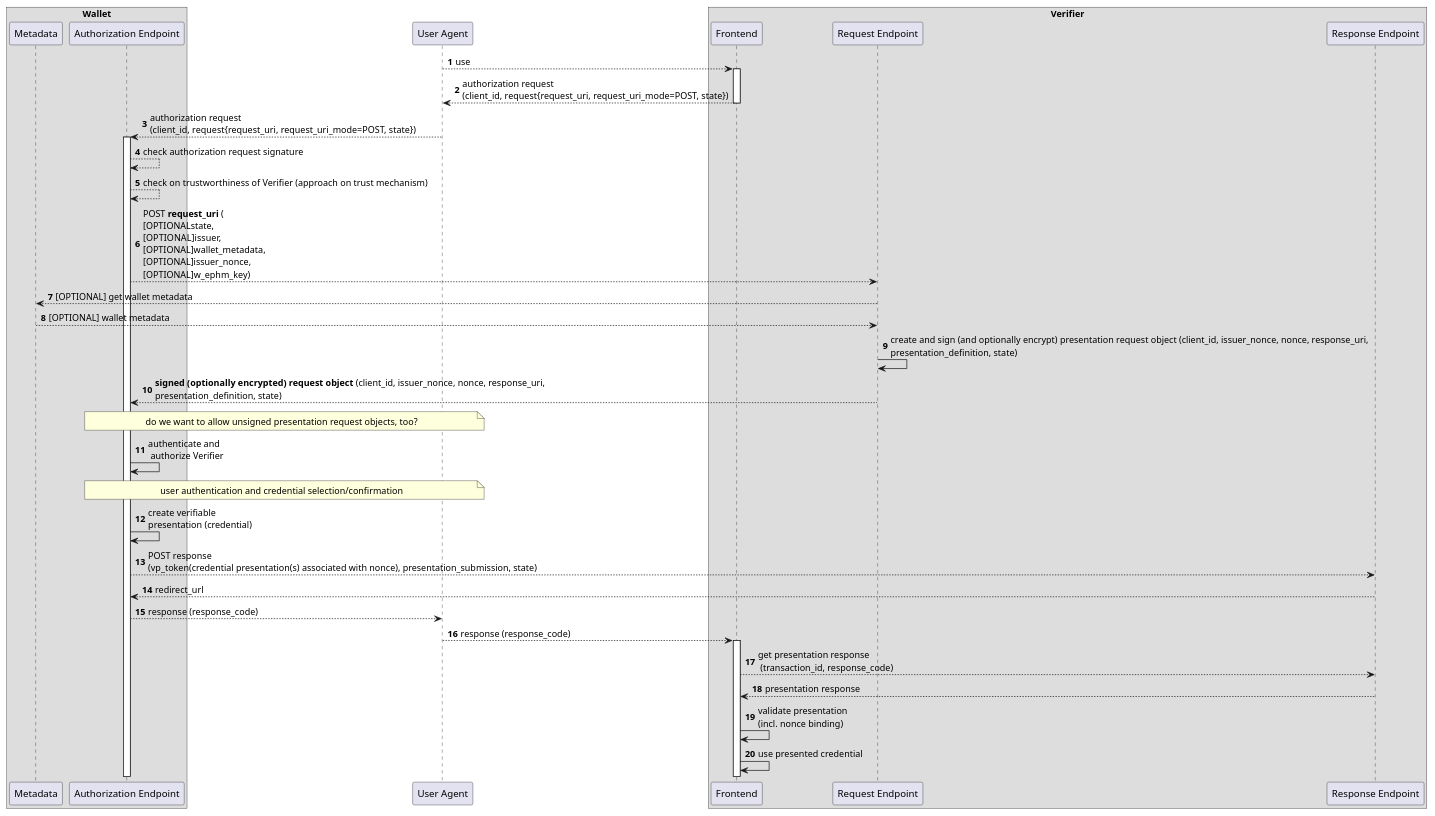
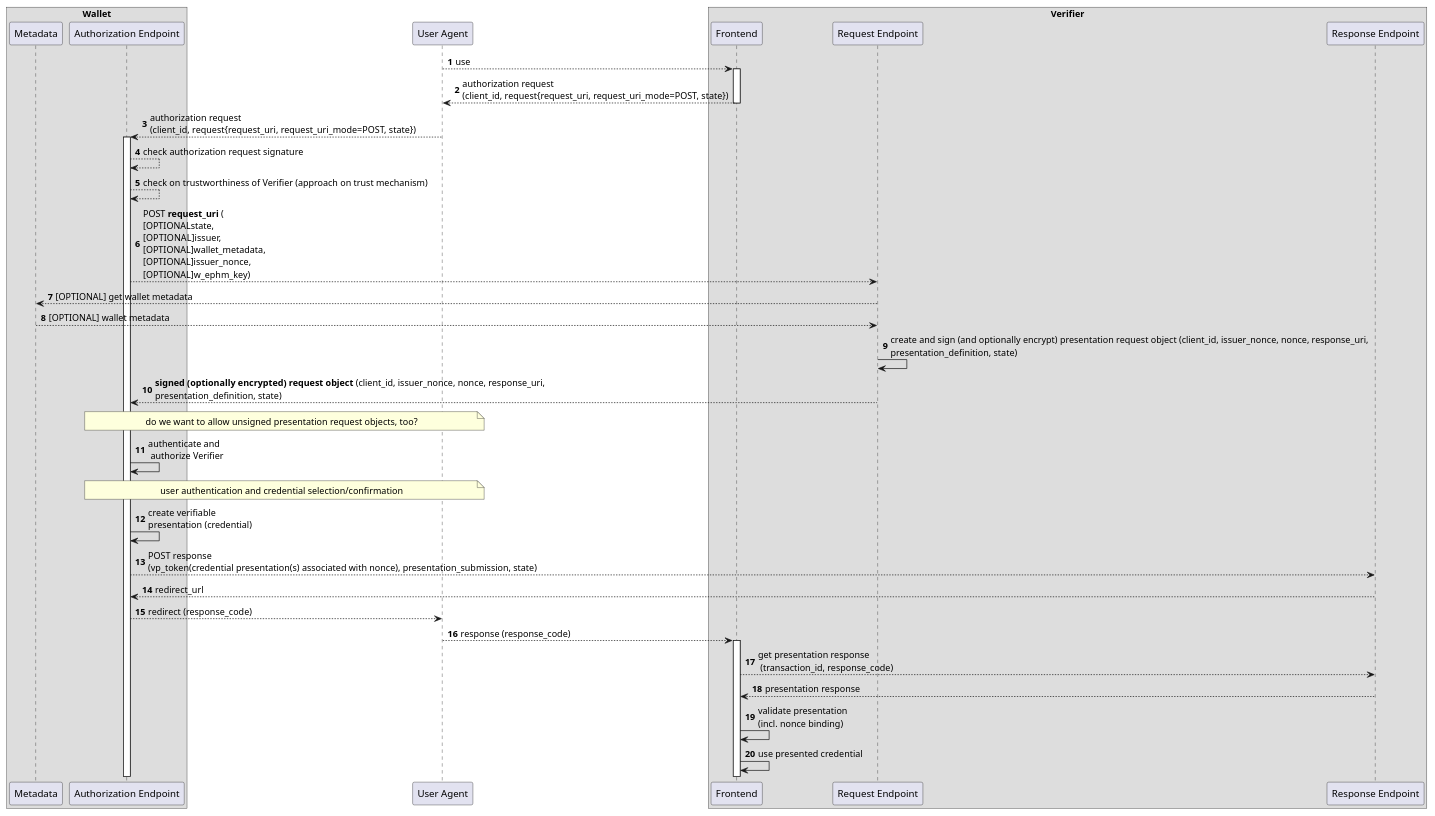
The diagram in diagrams/request_uri_mode_create.md (openid/OpenID4VP), drawn with PlantUML before and after one commit.

````diff
--- a/diagrams/request_uri_mode_create.md
+++ b/diagrams/request_uri_mode_create.md
@@ -1,49 +1,49 @@
 ```plantuml
 @startuml
 
 autonumber
 
 box "Wallet"
 participant "Metadata" as wm
 participant "Authorization Endpoint" as w
 end box
 
 participant "User Agent" as u
 
 box "Verifier"
 participant "Frontend" as r
 participant "Request Endpoint" as rp
 participant "Response Endpoint" as rb
 end box
 
 u --> r : use
 activate r
 
 r --> u: authorization request\n(client_id, request{request_uri, request_uri_mode=POST, state})
 deactivate r
 u --> w: authorization request\n(client_id, request{request_uri, request_uri_mode=POST, state})
 activate w
 w --> w: check authorization request signature
 w --> w: check on trustworthiness of Verifier (approach on trust mechanism)
 w --> rp: POST **request_uri** (\n[OPTIONALstate,\n[OPTIONAL]issuer, \n[OPTIONAL]wallet_metadata, \n[OPTIONAL]issuer_nonce, \n[OPTIONAL]w_ephm_key)
 rp --> wm: [OPTIONAL] get wallet metadata
 wm --> rp: [OPTIONAL] wallet metadata
 rp -> rp: create and sign (and optionally encrypt) presentation request object (client_id, issuer_nonce, nonce, response_uri, \npresentation_definition, state)
 rp --> w: **signed (optionally encrypted) request object** (client_id, issuer_nonce, nonce, response_uri, \npresentation_definition, state)
 note over u, w: do we want to allow unsigned presentation request objects, too?
 w -> w: authenticate and\n authorize Verifier
 
 note over u, w: user authentication and credential selection/confirmation
 
 w -> w: create verifiable\npresentation (credential)
 w --> rb: POST response \n(vp_token(credential presentation(s) associated with nonce), presentation_submission, state)
 rb --> w: redirect_url
-w --> u: response (response_code)
+w --> u: redirect (response_code)
 u --> r: response (response_code)
 activate r
 r --> rb: get presentation response\n (transaction_id, response_code)
 rb --> r: presentation response
 r -> r: validate presentation \n(incl. nonce binding)
 r -> r: use presented credential 
 @enduml
 ```
````
